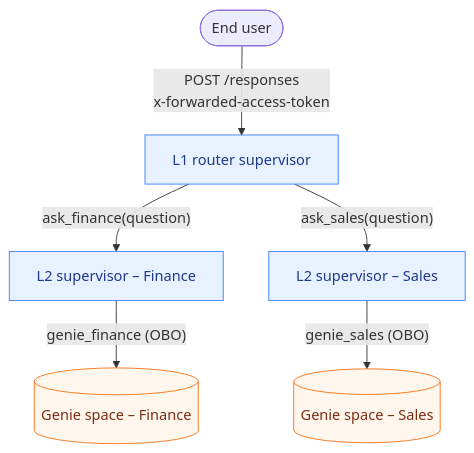
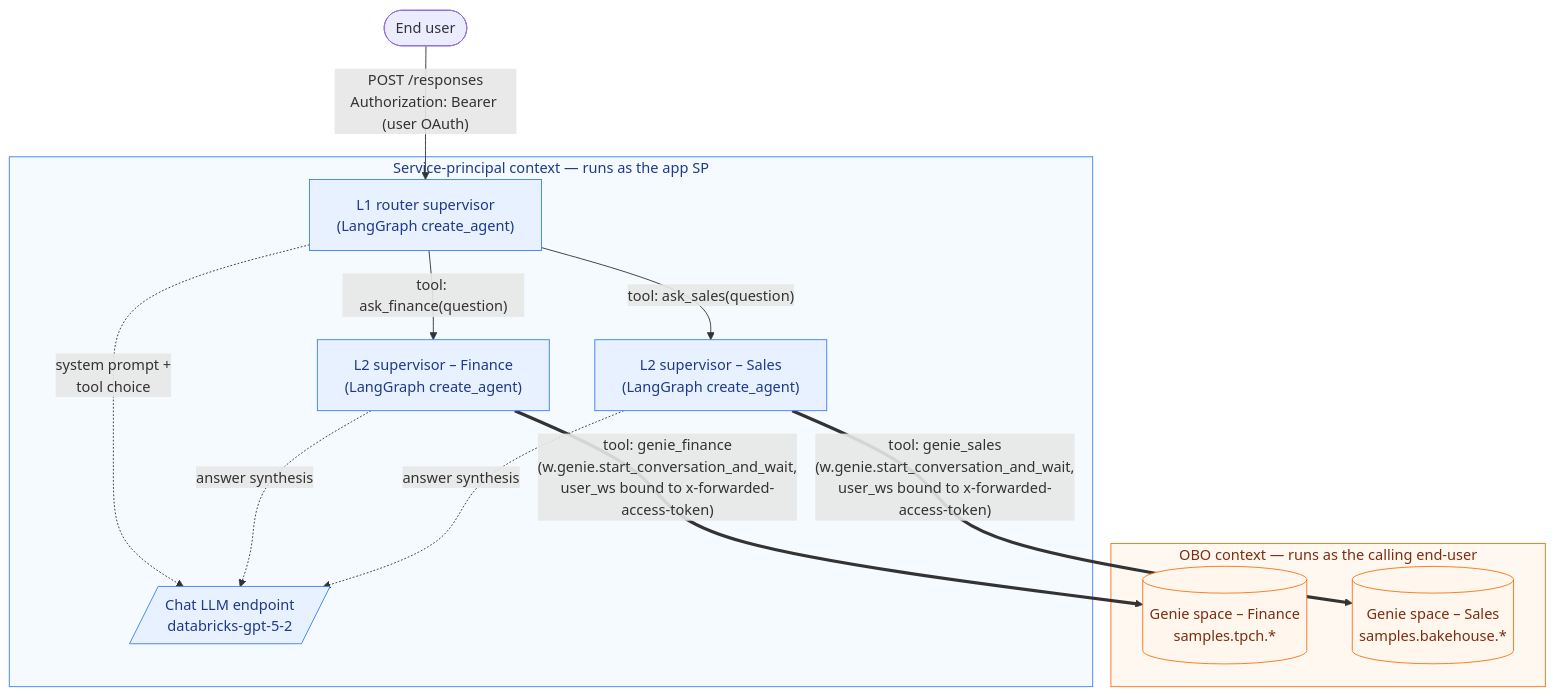
Before and after one commit to lbruand-db/supervisor-example-obo: the diagram in README.md, drawn with Mermaid. The commit also changed other lines of this file, not shown here.

Commit message:
README: explain SP vs OBO inline in the architecture diagram
- Wrap the supervisors + chat LLM in a "Service-principal context"
  subgraph; wrap the Genie spaces in an "OBO context" subgraph.
- Add an explicit LLM node with dotted edges from each supervisor so the
  reader can see where the SP-bound inference calls happen.
- Thicken the Genie edges and label them with the actual SDK call and
  why the call is OBO-bound (user_ws built from x-forwarded-access-token).
- Replace the short bullet legend with a table that maps every diagram
  element to identity / auth mechanism / notes.
- Keep the MCP-vs-SDK callout pointing at SPEC §12.

````diff
--- a/README.md
+++ b/README.md
@@ -6,20 +6,32 @@
 ```mermaid
 flowchart TD
     user([End user])
-    L1["L1 router supervisor"]
-    L2F["L2 supervisor – Finance"]
-    L2S["L2 supervisor – Sales"]
-    GF[("Genie space – Finance")]
-    GS[("Genie space – Sales")]
 
-    user -- "POST /responses<br/>x-forwarded-access-token" --> L1
-    L1 -- "ask_finance(question)" --> L2F
-    L1 -- "ask_sales(question)" --> L2S
-    L2F -- "genie_finance (OBO)" --> GF
-    L2S -- "genie_sales (OBO)" --> GS
+    subgraph SP_BOX["Service-principal context — runs as the app SP"]
+        L1["L1 router supervisor<br/>(LangGraph create_agent)"]
+        L2F["L2 supervisor – Finance<br/>(LangGraph create_agent)"]
+        L2S["L2 supervisor – Sales<br/>(LangGraph create_agent)"]
+        LLM[/"Chat LLM endpoint<br/>databricks-gpt-5-2"/]
+    end
+
+    subgraph OBO_BOX["OBO context — runs as the calling end-user"]
+        GF[("Genie space – Finance<br/>samples.tpch.*")]
+        GS[("Genie space – Sales<br/>samples.bakehouse.*")]
+    end
+
+    user -- "POST /responses<br/>Authorization: Bearer (user OAuth)" --> L1
+    L1 -- "tool: ask_finance(question)" --> L2F
+    L1 -- "tool: ask_sales(question)" --> L2S
+    L1 -. "system prompt +<br/>tool choice" .-> LLM
+    L2F -. "answer synthesis" .-> LLM
+    L2S -. "answer synthesis" .-> LLM
+    L2F == "tool: genie_finance<br/>(w.genie.start_conversation_and_wait,<br/>user_ws bound to x-forwarded-access-token)" ==> GF
+    L2S == "tool: genie_sales<br/>(w.genie.start_conversation_and_wait,<br/>user_ws bound to x-forwarded-access-token)" ==> GS
 
     classDef sp fill:#e8f1ff,stroke:#3b82f6,color:#1e3a8a;
     classDef obo fill:#fff7ed,stroke:#f97316,color:#7c2d12;
-    class L1,L2F,L2S sp;
+    class L1,L2F,L2S,LLM sp;
     class GF,GS obo;
+    style SP_BOX fill:#f5faff,stroke:#3b82f6,color:#1e3a8a;
+    style OBO_BOX fill:#fff8f0,stroke:#f97316,color:#7c2d12;
 ```
````
